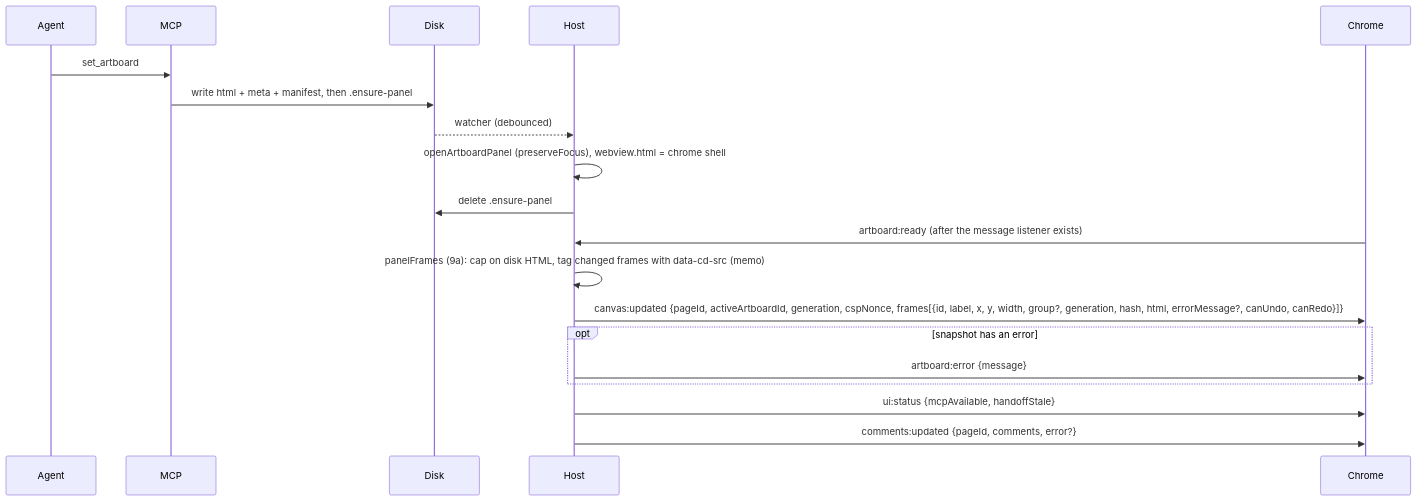
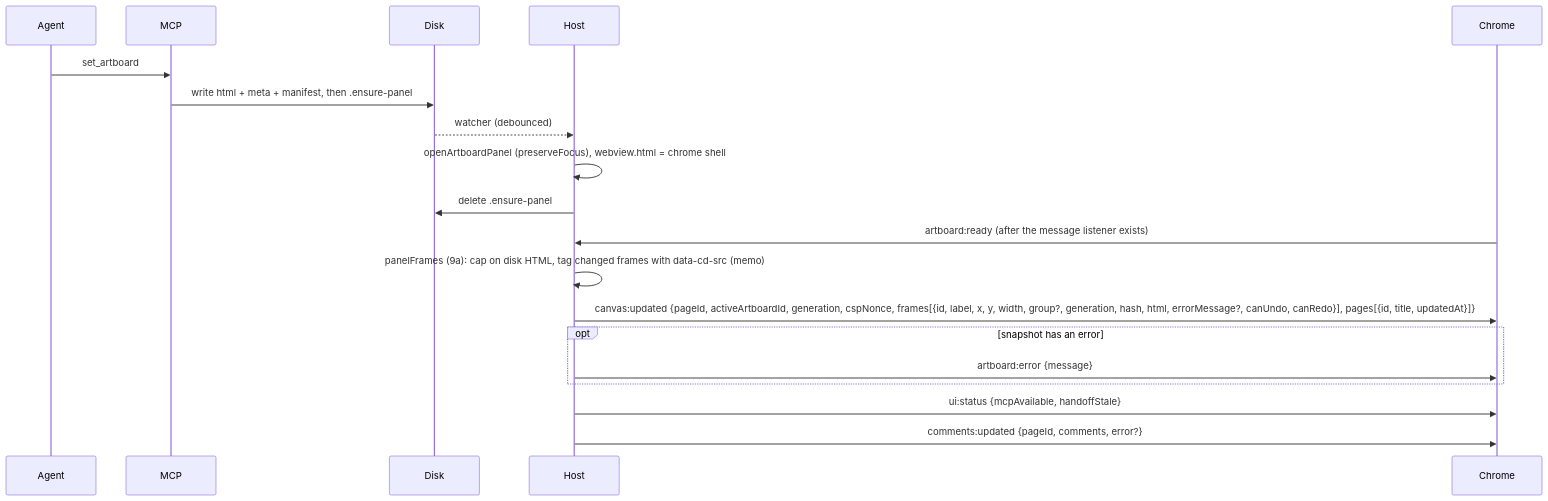
One commit to MarekBombera/cursor-design-extension changed the fifth of 18 diagrams in blueprint/context/system-map.md. Above: the diagram before and after it, drawn with Mermaid. The commit also changed other lines of this file and 49 other files, not shown here.

````diff
--- a/blueprint/context/system-map.md
+++ b/blueprint/context/system-map.md
@@ -254,21 +254,21 @@
 ```mermaid
 sequenceDiagram
   participant A as Agent
   participant M as MCP
   participant D as Disk
   participant H as Host
   participant C as Chrome
   A->>M: set_artboard
   M->>D: write html + meta + manifest, then .ensure-panel
   D-->>H: watcher (debounced)
   H->>H: openArtboardPanel (preserveFocus), webview.html = chrome shell
   H->>D: delete .ensure-panel
   C->>H: artboard:ready (after the message listener exists)
   H->>H: panelFrames (9a): cap on disk HTML, tag changed frames with data-cd-src (memo)
-  H->>C: canvas:updated {pageId, activeArtboardId, generation, cspNonce, frames[{id, label, x, y, width, group?, generation, hash, html, errorMessage?, canUndo, canRedo}]}
+  H->>C: canvas:updated {pageId, activeArtboardId, generation, cspNonce, frames[{id, label, x, y, width, group?, generation, hash, html, errorMessage?, canUndo, canRedo}], pages[{id, title, updatedAt}]}
   opt snapshot has an error
     H->>C: artboard:error {message}
   end
   H->>C: ui:status {mcpAvailable, handoffStale}
   H->>C: comments:updated {pageId, comments, error?}
 ```
````
